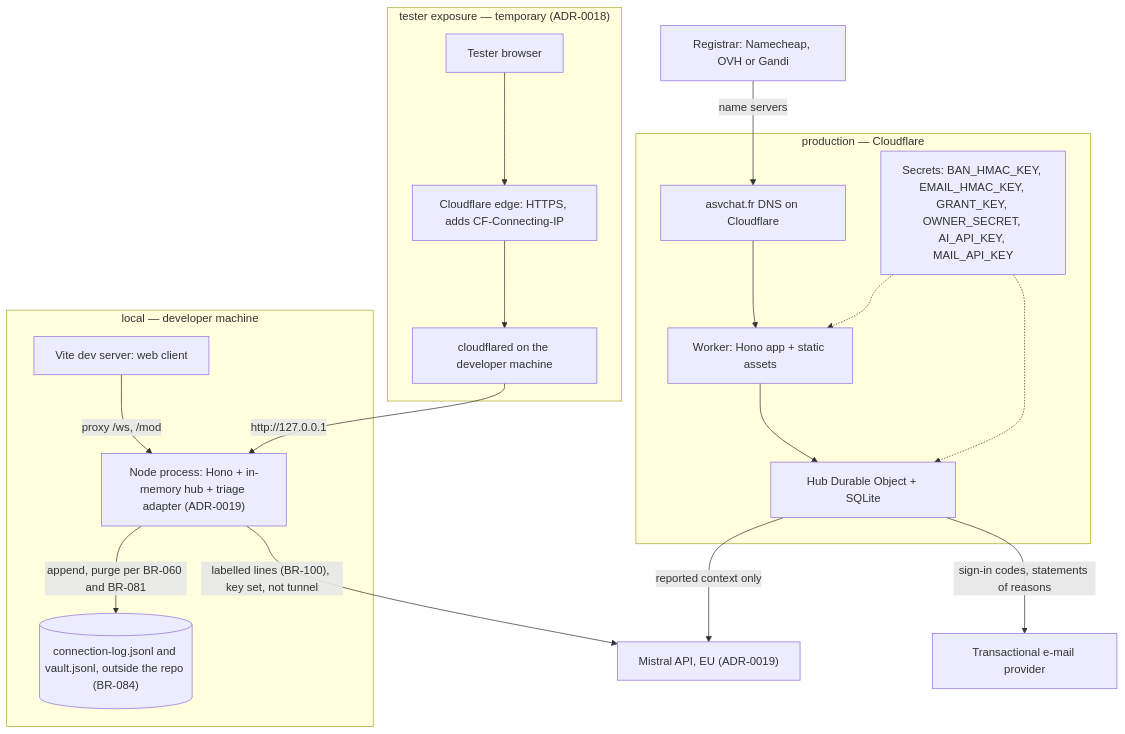
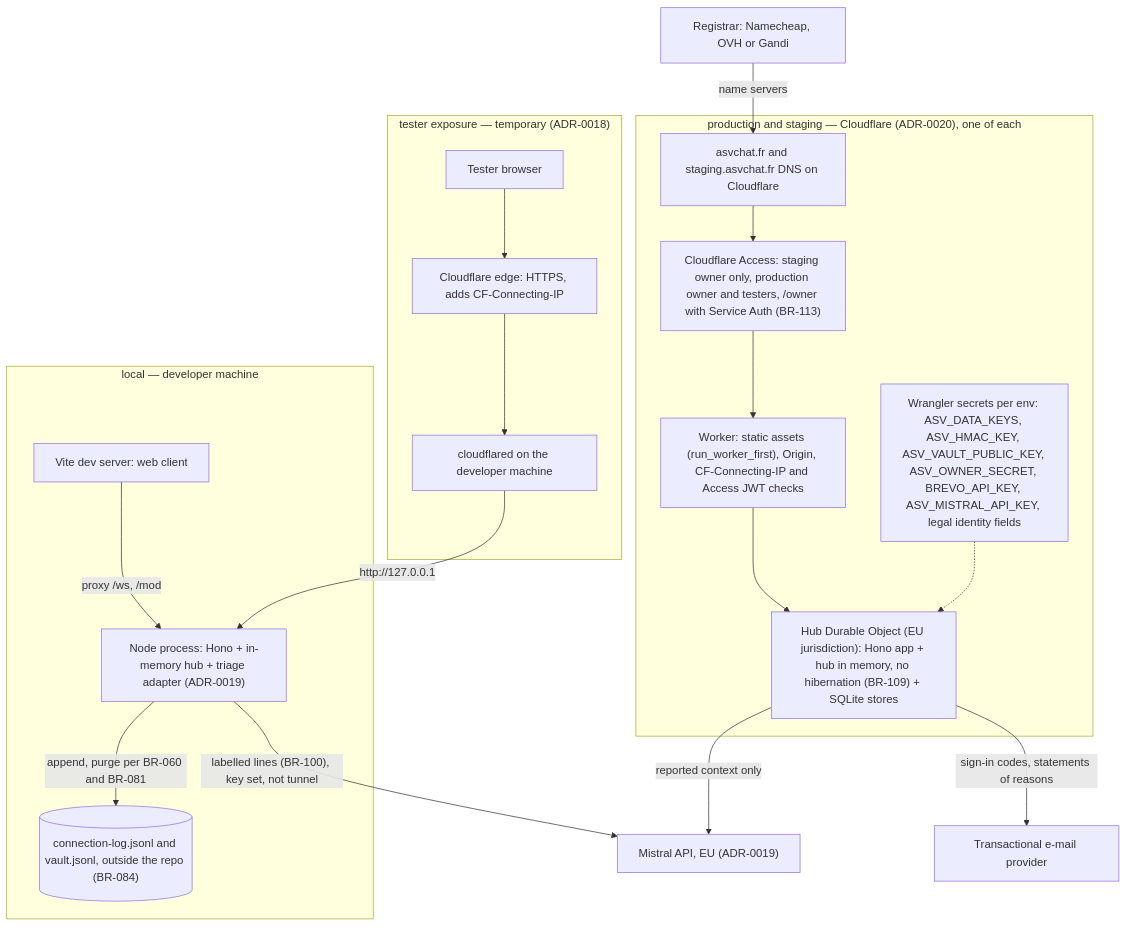
The diagram in docs/architecture/diagrams/platform/07-deployment.md (benoit-bremaud/asv), drawn with Mermaid before and after one commit. The commit also changed other lines of this file and 26 other files, not shown here.

````diff
--- a/docs/architecture/diagrams/platform/07-deployment.md
+++ b/docs/architecture/diagrams/platform/07-deployment.md
@@ -15,35 +15,36 @@
 ```mermaid
 flowchart TB
   subgraph Dev ["local — developer machine"]
     NodeProc["Node process: Hono + in-memory hub + triage adapter (ADR-0019)"]
     Vite["Vite dev server: web client"]
     Vite -->|"proxy /ws, /mod"| NodeProc
     LogFile[("connection-log.jsonl and vault.jsonl, outside the repo (BR-084)")]
     NodeProc -->|"append, purge per BR-060 and BR-081"| LogFile
   end
   subgraph Test ["tester exposure — temporary (ADR-0018)"]
     Tester["Tester browser"]
     Edge["Cloudflare edge: HTTPS, adds CF-Connecting-IP"]
     Cloudflared["cloudflared on the developer machine"]
     Tester --> Edge
     Edge --> Cloudflared
   end
   Cloudflared -->|"http://127.0.0.1"| NodeProc
-  subgraph Prod ["production — Cloudflare"]
-    DNS["asvchat.fr DNS on Cloudflare"]
-    Worker["Worker: Hono app + static assets"]
-    HubDO["Hub Durable Object + SQLite"]
-    Secrets["Secrets: BAN_HMAC_KEY, EMAIL_HMAC_KEY, GRANT_KEY, OWNER_SECRET, AI_API_KEY, MAIL_API_KEY"]
-    DNS --> Worker
+  subgraph Prod ["production and staging — Cloudflare (ADR-0020), one of each"]
+    DNS["asvchat.fr and staging.asvchat.fr DNS on Cloudflare"]
+    Access["Cloudflare Access: staging owner only, production owner and testers, /owner with Service Auth (BR-113)"]
+    Worker["Worker: static assets (run_worker_first), Origin, CF-Connecting-IP and Access JWT checks"]
+    HubDO["Hub Durable Object (EU jurisdiction): Hono app + hub in memory, no hibernation (BR-109) + SQLite stores"]
+    Secrets["Wrangler secrets per env: ASV_DATA_KEYS, ASV_HMAC_KEY, ASV_VAULT_PUBLIC_KEY, ASV_OWNER_SECRET, BREVO_API_KEY, ASV_MISTRAL_API_KEY, legal identity fields"]
+    DNS --> Access
+    Access --> Worker
     Worker --> HubDO
-    Secrets -.-> Worker
     Secrets -.-> HubDO
   end
   AI["Mistral API, EU (ADR-0019)"]
   Registrar["Registrar: Namecheap, OVH or Gandi"]
   Registrar -->|"name servers"| DNS
   HubDO -->|"reported context only"| AI
   NodeProc -->|"labelled lines (BR-100), key set, not tunnel"| AI
   Mail["Transactional e-mail provider"]
   HubDO -->|"sign-in codes, statements of reasons"| Mail
 ```
````
